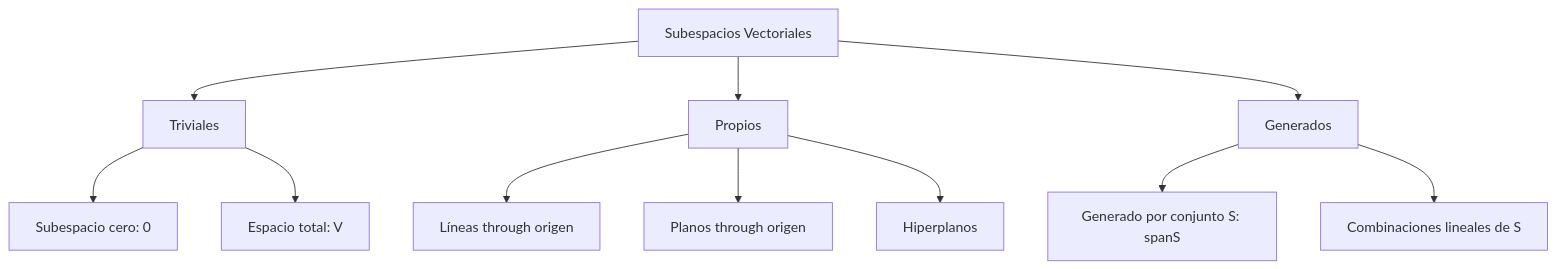
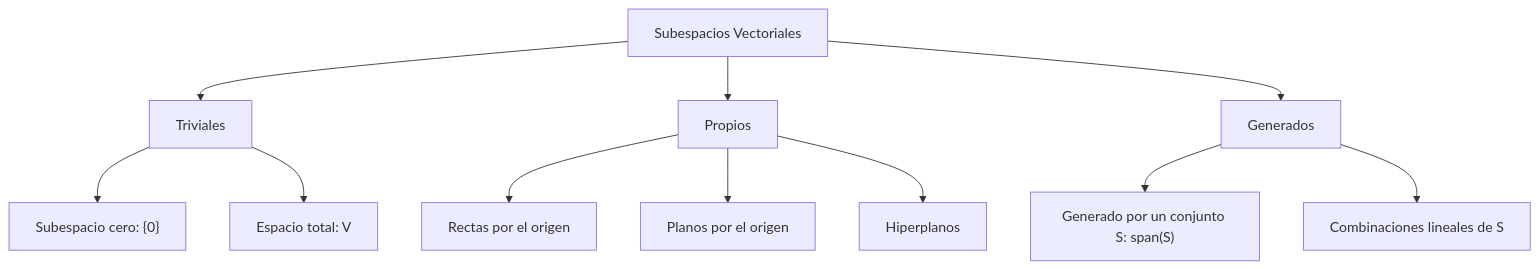
The first of 3 diagrams in public/documents/semester-3/1/3113.md (djaimej/computer-science-template), drawn with Mermaid before and after one commit. The commit also changed other lines of this file and 34 other files, not shown here.

````diff
--- a/public/documents/semester-3/1/3113.md
+++ b/public/documents/semester-3/1/3113.md
@@ -39,20 +41,20 @@
 ```mermaid
 flowchart TD
     A[Subespacios Vectoriales] --> B[Triviales]
     A --> C[Propios]
     A --> D[Generados]
 
-    B --> E[Subespacio cero: 0]
+    B --> E["Subespacio cero: {0}"]
     B --> F[Espacio total: V]
 
-    C --> G[Líneas through origen]
-    C --> H[Planos through origen]
+    C --> G[Rectas por el origen]
+    C --> H[Planos por el origen]
     C --> I[Hiperplanos]
 
-    D --> J[Generado por conjunto S: spanS]
+    D --> J["Generado por un conjunto S: span(S)"]
     D --> K[Combinaciones lineales de S]
 
     E:::purple
     G:::razzmatazz
     J:::red
 ```
````
